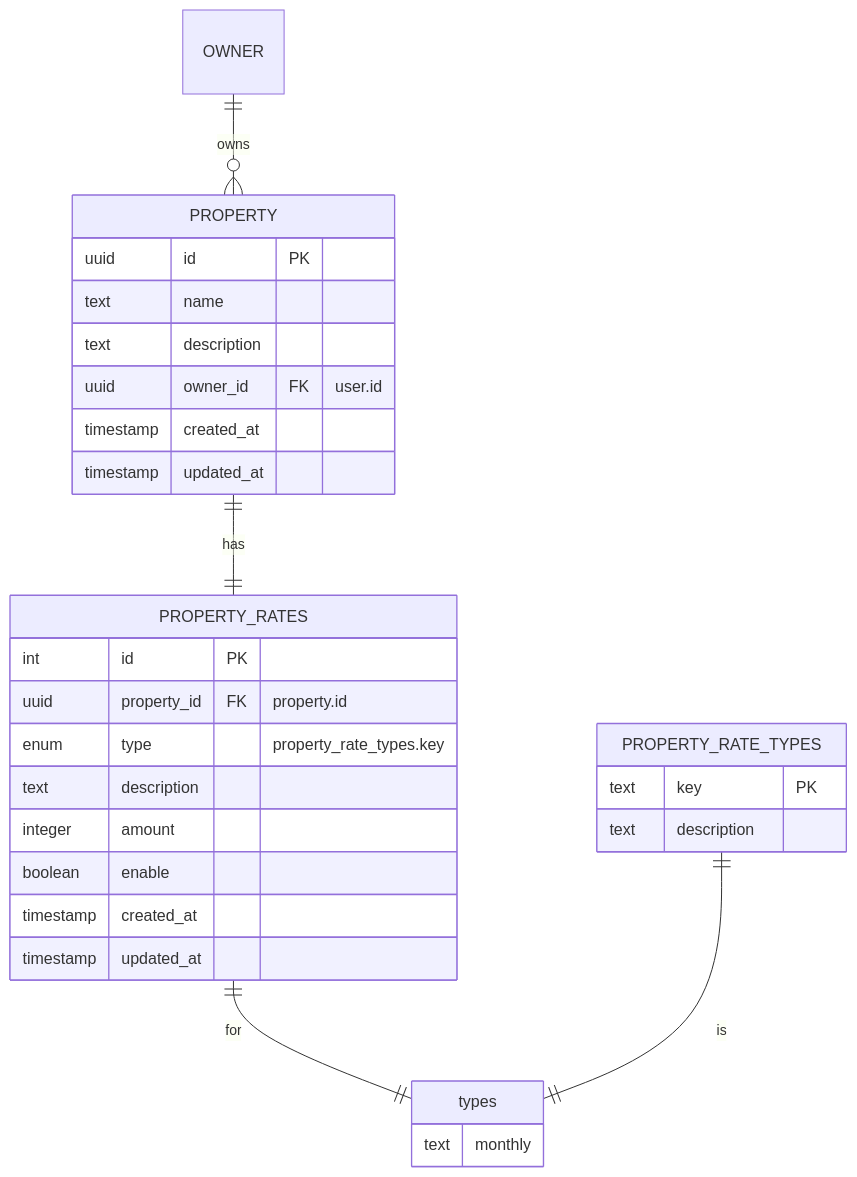
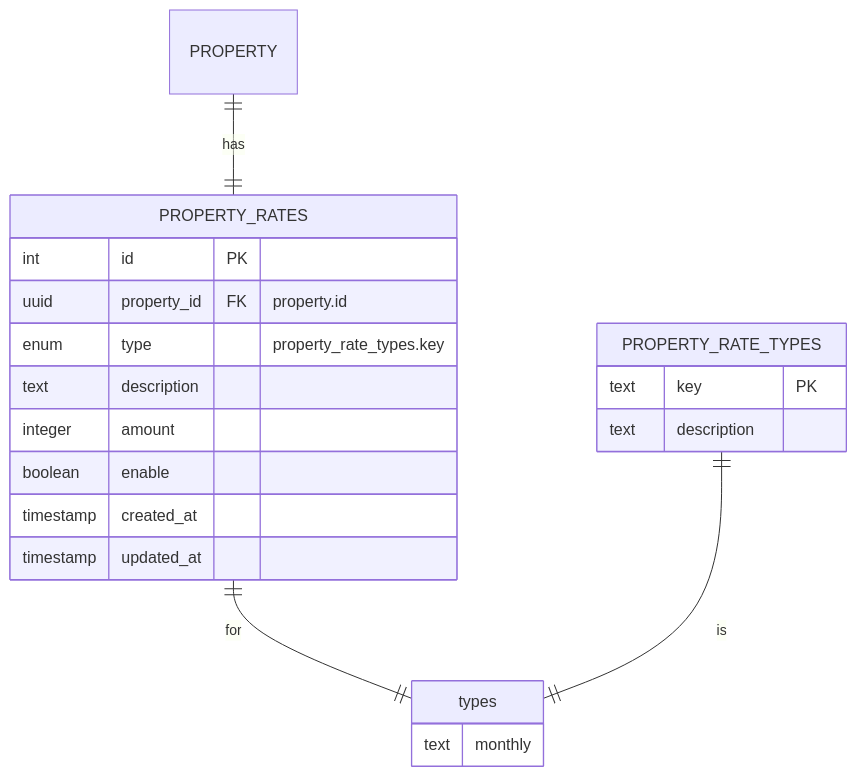
One commit to UpBrewTech/project-leasa changed the third of 7 diagrams in docs/ERD.md. Above: the diagram before and after it, drawn with Mermaid. The commit also changed other lines of this file, not shown here.

Commit message:
update erd - property, listings, applicants

````diff
--- a/docs/ERD.md
+++ b/docs/ERD.md
@@ -53,37 +68,27 @@
 ```mermaid
 erDiagram
-
-PROPERTY {
-    uuid id PK
-    text name
-    text description
-    uuid owner_id FK "user.id"
-    timestamp created_at
-    timestamp updated_at
-}
 
 PROPERTY_RATES {
     int id PK
     uuid property_id FK "property.id"
     enum type  "property_rate_types.key"
     text description
     integer amount
     boolean enable
     timestamp created_at
     timestamp updated_at
 }
 
 PROPERTY_RATE_TYPES {
     text key PK
     text description
 }
 
 types {
     text monthly
 }
 
-OWNER ||--o{ PROPERTY : owns
 PROPERTY ||--|| PROPERTY_RATES : "has"
 PROPERTY_RATES ||--|| types : "for"
 PROPERTY_RATE_TYPES ||--|| types : "is"
 ```
````
